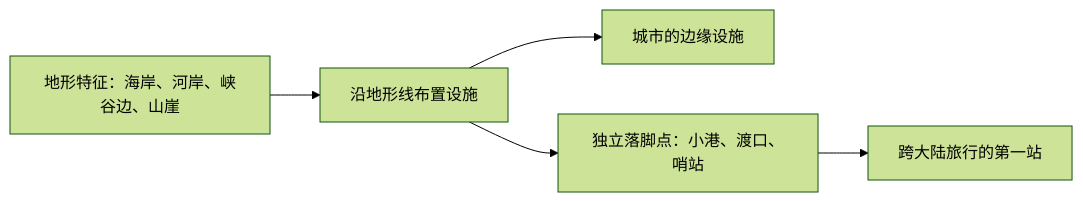
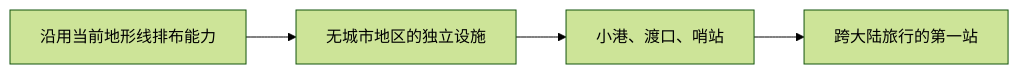
Before and after one commit to RinsingEL/designer_territoryMod: the diagram in docs/systems/city/10_product/案子/具体流程的案子/00_跨阶段主线/地形锚定设施与跨洲落脚点/README.md, drawn with Mermaid (forest theme). The commit also changed other lines of this file and 7 other files, not shown here.

````diff
--- a/docs/systems/city/10_product/案子/具体流程的案子/00_跨阶段主线/地形锚定设施与跨洲落脚点/README.md
+++ b/docs/systems/city/10_product/案子/具体流程的案子/00_跨阶段主线/地形锚定设施与跨洲落脚点/README.md
@@ -5,7 +5,6 @@
 ```mermaid
 flowchart LR
-  A[地形特征：海岸、河岸、峡谷边、山崖] --> B[沿地形线布置设施]
-  B --> C[城市的边缘设施]
-  B --> D[独立落脚点：小港、渡口、哨站]
-  D --> E[跨大陆旅行的第一站]
+  A[沿用当前地形线排布能力] --> B[无城市地区的独立设施]
+  B --> C[小港、渡口、哨站]
+  C --> D[跨大陆旅行的第一站]
 ```
````
